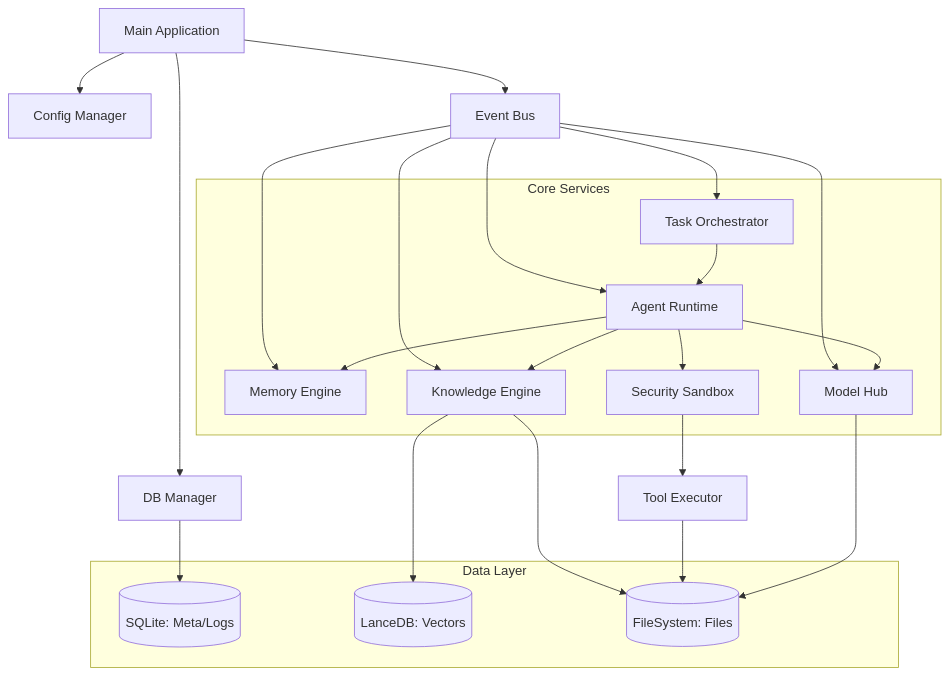
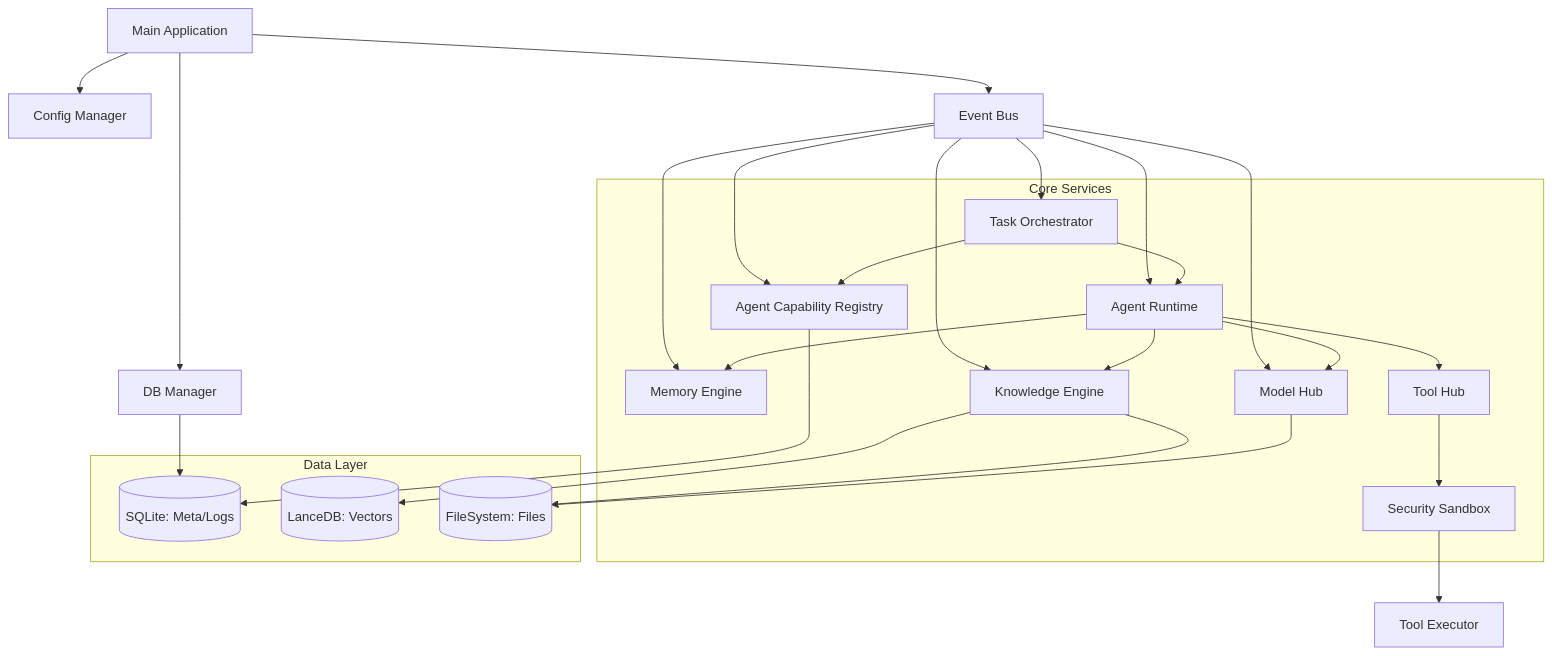
The first of 3 diagrams in docs/Agent 开发文档/05-详细设计.md (ivanzwb/coobot), drawn with Mermaid before and after one commit. The commit also changed other lines of this file and 8 other files, not shown here.

````diff
--- a/docs/Agent 开发文档/05-详细设计.md
+++ b/docs/Agent 开发文档/05-详细设计.md
@@ -23,40 +23,45 @@
 ```mermaid
 graph TD
     App[Main Application] --> ConfigMgr[Config Manager]
     App --> EventBus[Event Bus]
     App --> DBMgr[DB Manager]
 
     subgraph Core [Core Services]
         TaskEng[Task Orchestrator]
         AgentRun[Agent Runtime]
         MemEng[Memory Engine]
         KBEng[Knowledge Engine]
+        ToolHub[Tool Hub]
         Sandbox[Security Sandbox]
         ModelHub[Model Hub]
+        CapRegistry[Agent Capability Registry]
     end
 
     EventBus --> TaskEng
     EventBus --> AgentRun
     EventBus --> MemEng
     EventBus --> KBEng
     EventBus --> ModelHub
+    EventBus --> CapRegistry
 
     TaskEng --> AgentRun
+    TaskEng --> CapRegistry
     AgentRun --> MemEng
     AgentRun --> KBEng
-    AgentRun --> Sandbox
+    AgentRun --> ToolHub
     AgentRun --> ModelHub
+    ToolHub --> Sandbox
     Sandbox --> ToolExec[Tool Executor]
 
     subgraph Data [Data Layer]
         SQLite[(SQLite: Meta/Logs)]
         Lance[(LanceDB: Vectors)]
         FS[(FileSystem: Files)]
     end
 
+    CapRegistry --> SQLite
     DBMgr --> SQLite
     KBEng --> Lance
     KBEng --> FS
-    ToolExec --> FS
     ModelHub --> FS
 ```
````
